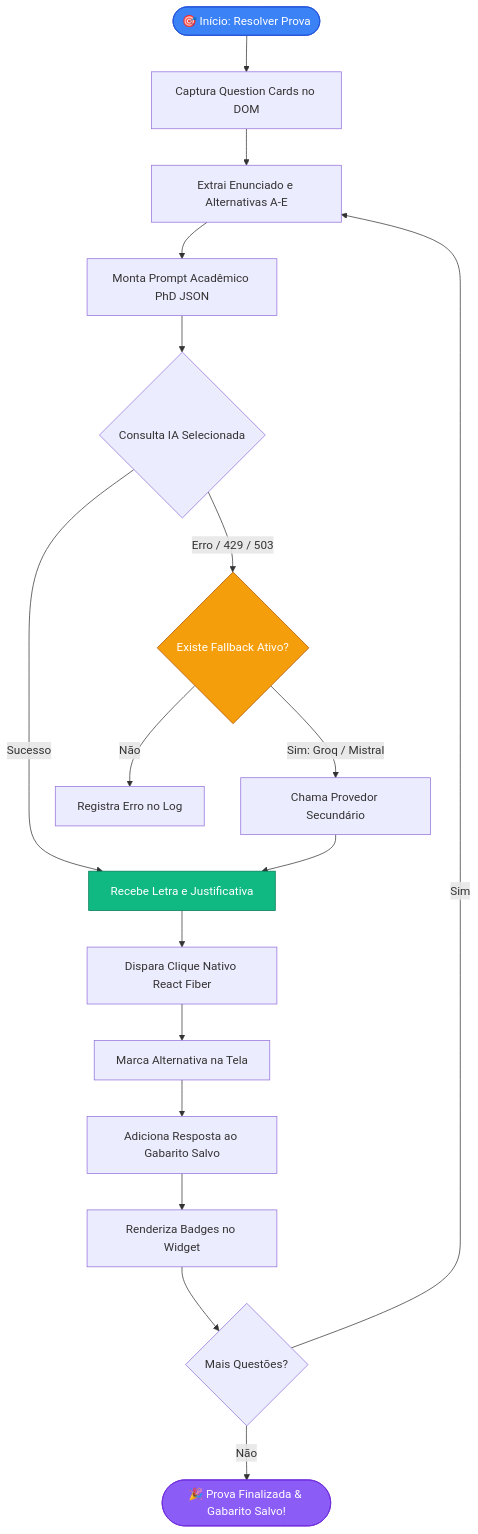
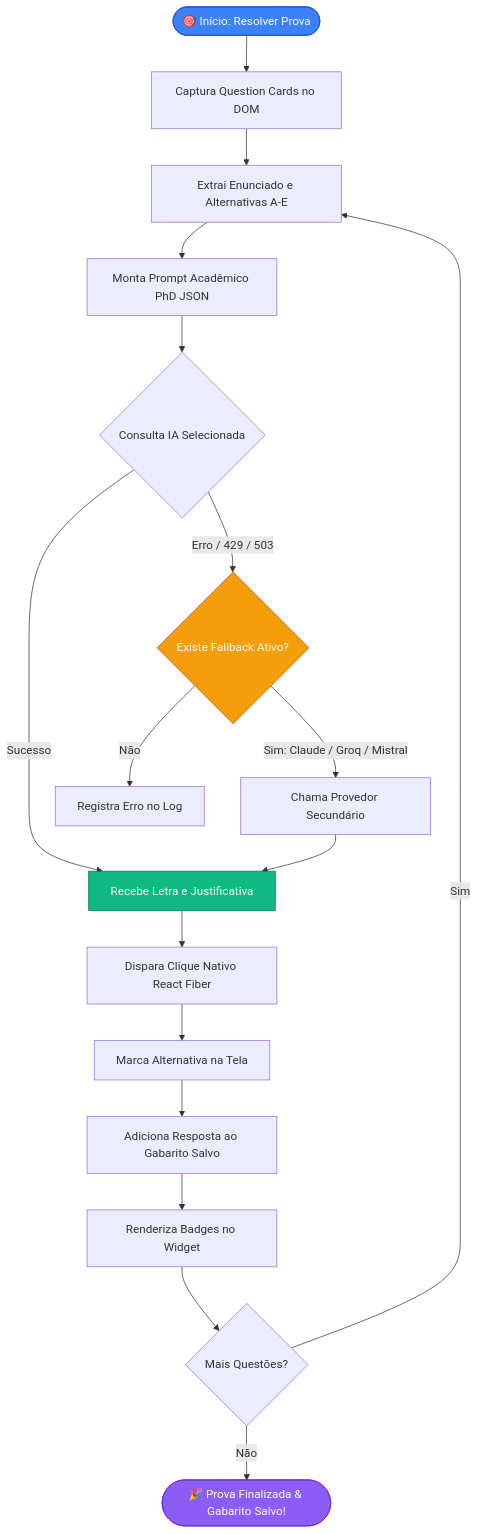
Before and after one commit to m3coder/estragacio: the first of 4 diagrams in README.md, drawn with Mermaid. The commit also changed other lines of this file and 8 other files, not shown here.

````diff
--- a/README.md
+++ b/README.md
@@ -58,26 +58,26 @@
 ```mermaid
 flowchart TD
     A([🎯 Início: Resolver Prova]) --> B[Captura Question Cards no DOM]
     B --> C[Extrai Enunciado e Alternativas A-E]
     C --> D[Monta Prompt Acadêmico PhD JSON]
     D --> E{Consulta IA Selecionada}
     
     E -- Sucesso --> F[Recebe Letra e Justificativa]
     E -- Erro / 429 / 503 --> G{Existe Fallback Ativo?}
-    G -- Sim: Groq / Mistral --> H[Chama Provedor Secundário]
+    G -- Sim: Claude / Groq / Mistral --> H[Chama Provedor Secundário]
     H --> F
     G -- Não --> I[Registra Erro no Log]
     
     F --> J[Dispara Clique Nativo React Fiber]
     J --> K[Marca Alternativa na Tela]
     K --> L[Adiciona Resposta ao Gabarito Salvo]
     L --> M[Renderiza Badges no Widget]
     M --> N{Mais Questões?}
     N -- Sim --> C
     N -- Não --> O([🎉 Prova Finalizada & Gabarito Salvo!])
 
     style A fill:#3b82f6,stroke:#1d4ed8,color:#fff
     style F fill:#10b981,stroke:#047857,color:#fff
     style G fill:#f59e0b,stroke:#b45309,color:#fff
     style O fill:#8b5cf6,stroke:#6d28d9,color:#fff
 ```
````
